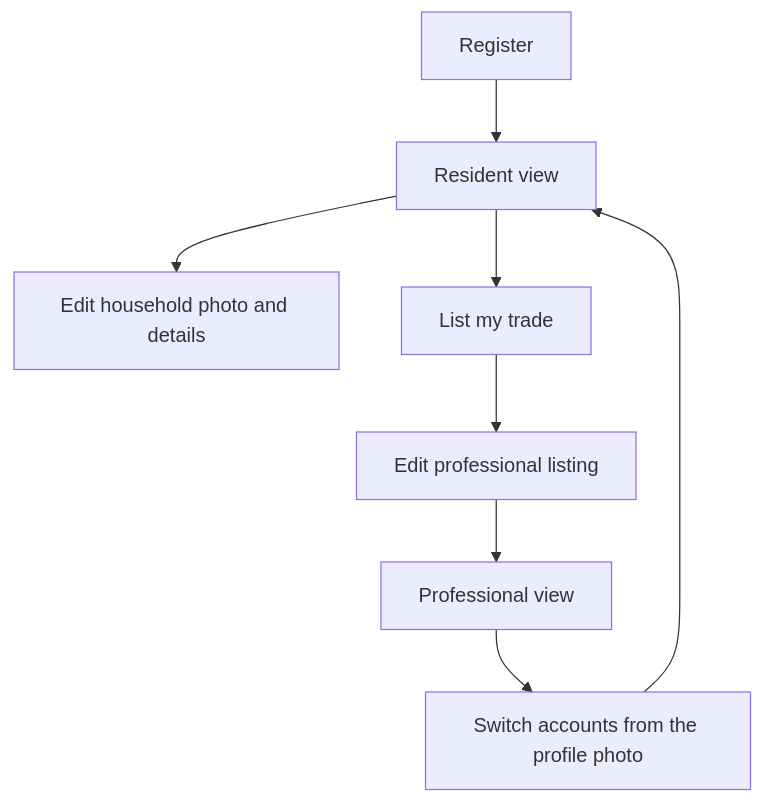
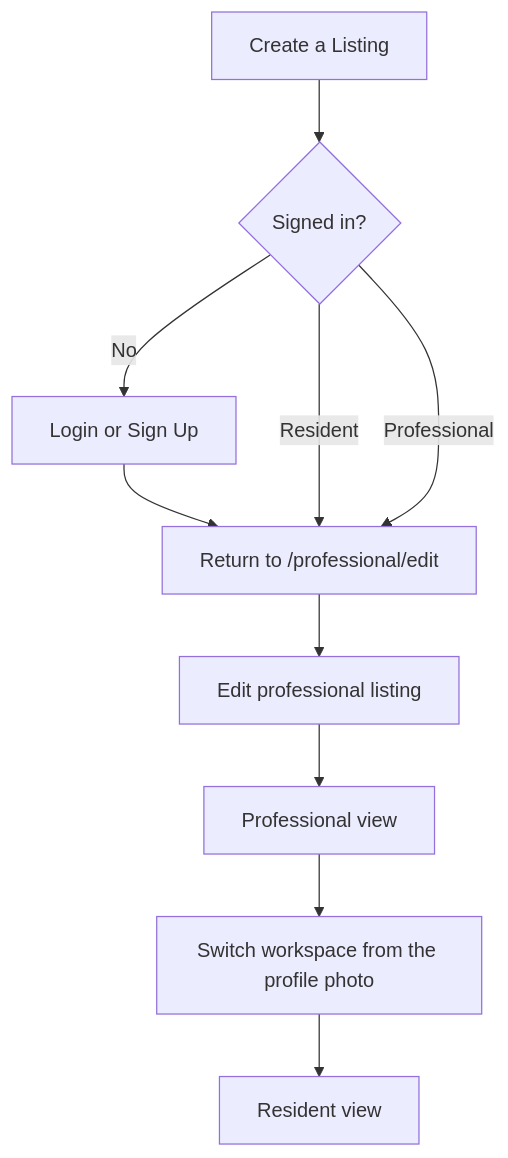
The second of 2 diagrams in documnetations/user-flows.md (JoeAsn/HamrFix), drawn with Mermaid before and after one commit. The commit also changed other lines of this file and 5 other files, not shown here.

````diff
--- a/documnetations/user-flows.md
+++ b/documnetations/user-flows.md
@@ -19,10 +19,12 @@
 ```mermaid
 flowchart TD
-  A[Register] --> B[Resident view]
-  B --> C[Edit household photo and details]
-  B --> D[List my trade]
+  A[Create a Listing] --> B{Signed in?}
+  B -->|No| C[Login or Sign Up]
+  C --> D[Return to /professional/edit]
+  B -->|Resident| D
+  B -->|Professional| D
   D --> E[Edit professional listing]
   E --> F[Professional view]
-  F --> G[Switch accounts from the profile photo]
-  G --> B
+  F --> G[Switch workspace from the profile photo]
+  G --> H[Resident view]
 ```
````
